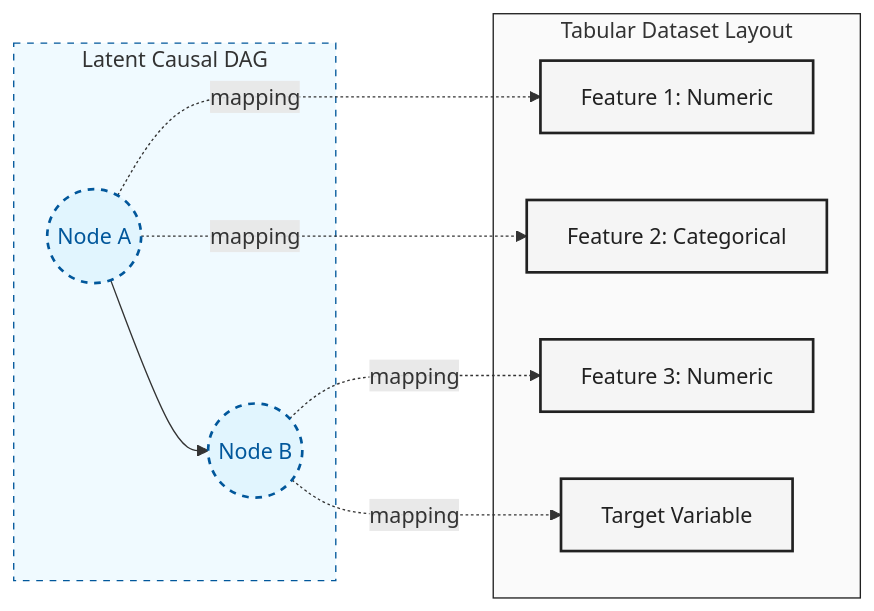
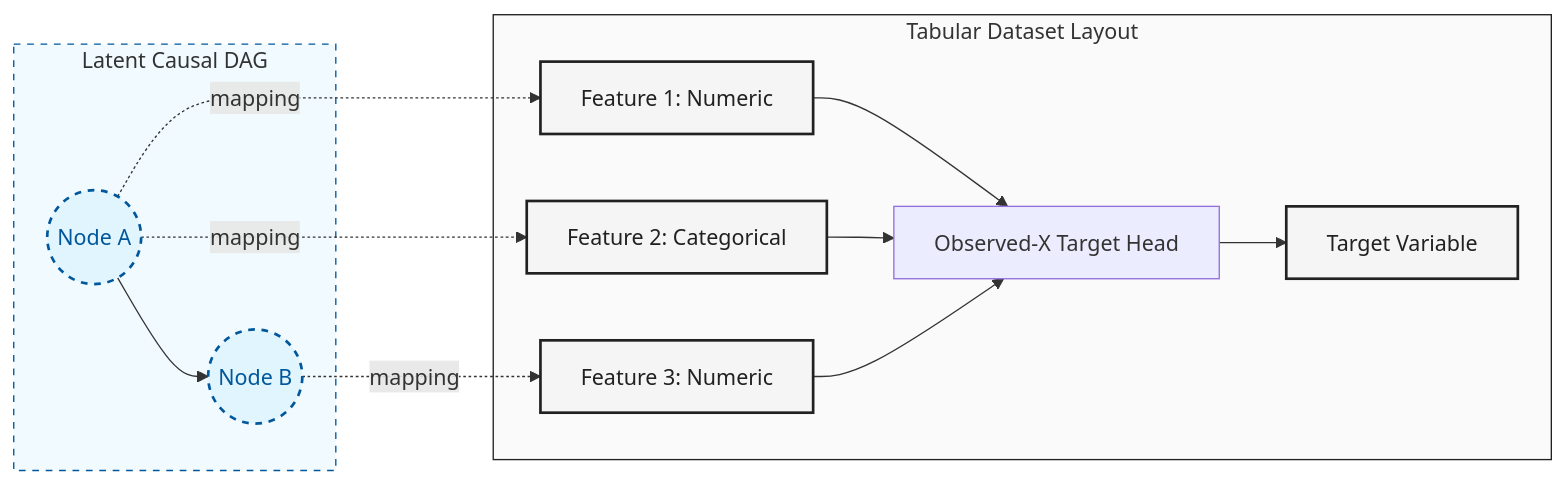
The second of 2 diagrams in README.md (bensonlee5/cauchy-generator), drawn with Mermaid before and after one commit. The commit also changed other lines of this file and 22 other files, not shown here.

````diff
--- a/README.md
+++ b/README.md
@@ -33,27 +39,31 @@
 ```mermaid
 flowchart LR
     classDef latent fill:#e1f5fe,stroke:#01579b,stroke-width:2px,color:#01579b,stroke-dasharray: 5 5
     classDef observable fill:#f5f5f5,stroke:#212121,stroke-width:2px,color:#212121
 
     subgraph LatentSpace [Latent Causal DAG]
         NodeA((Node A)) --> NodeB((Node B))
     end
 
     subgraph ObservableSpace [Tabular Dataset Layout]
         Feat1[Feature 1: Numeric]
         Feat2[Feature 2: Categorical]
         Feat3[Feature 3: Numeric]
+        Head[Observed-X Target Head]
         Target[Target Variable]
     end
 
     NodeA -. mapping .-> Feat1
     NodeA -. mapping .-> Feat2
     NodeB -. mapping .-> Feat3
-    NodeB -. mapping .-> Target
+    Feat1 --> Head
+    Feat2 --> Head
+    Feat3 --> Head
+    Head --> Target
 
     class NodeA,NodeB latent
     class Feat1,Feat2,Feat3,Target observable
 
     style LatentSpace fill:#f0faff,stroke:#01579b,stroke-dasharray: 5 5
     style ObservableSpace fill:#fafafa,stroke:#212121
 ```
````
